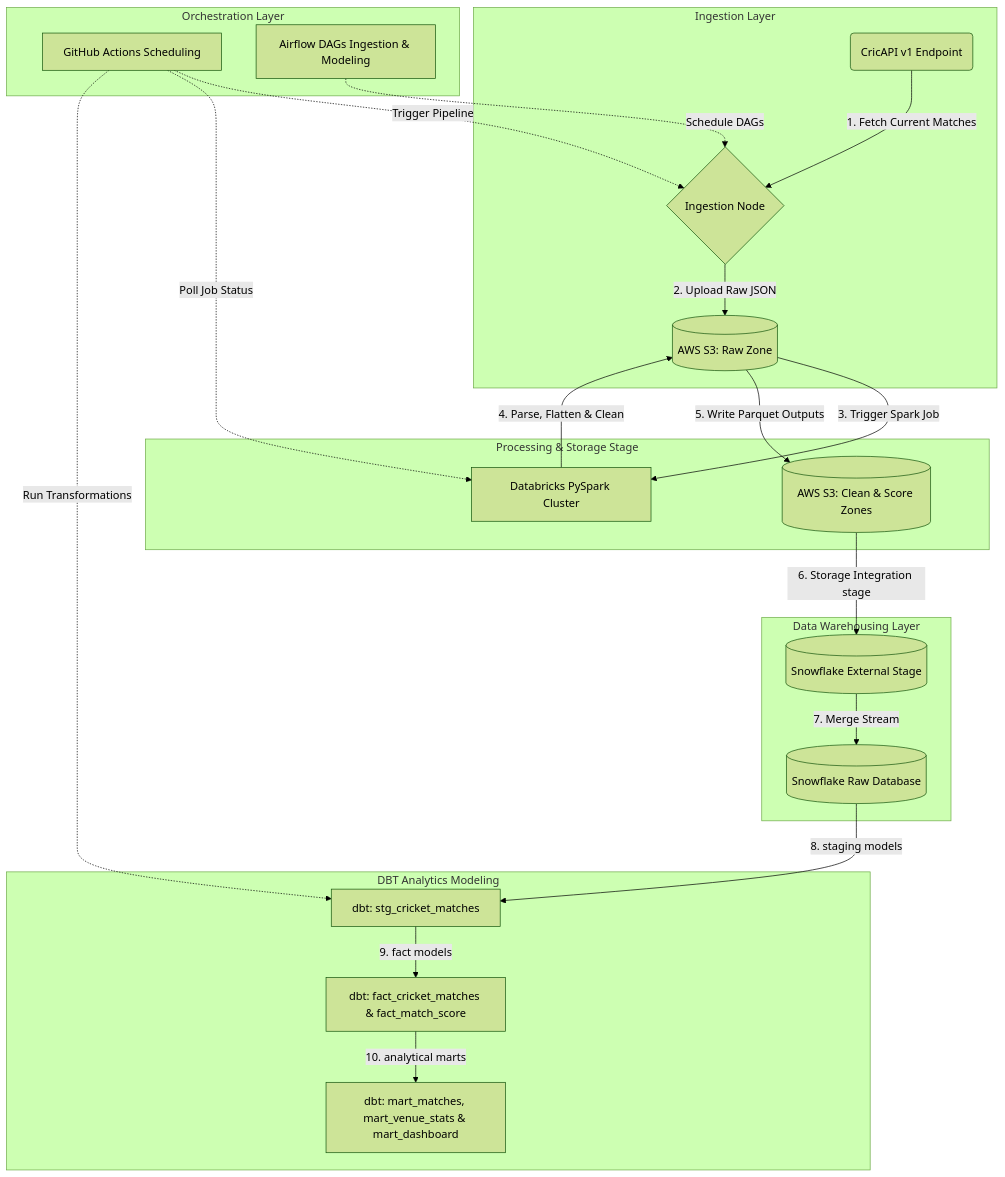
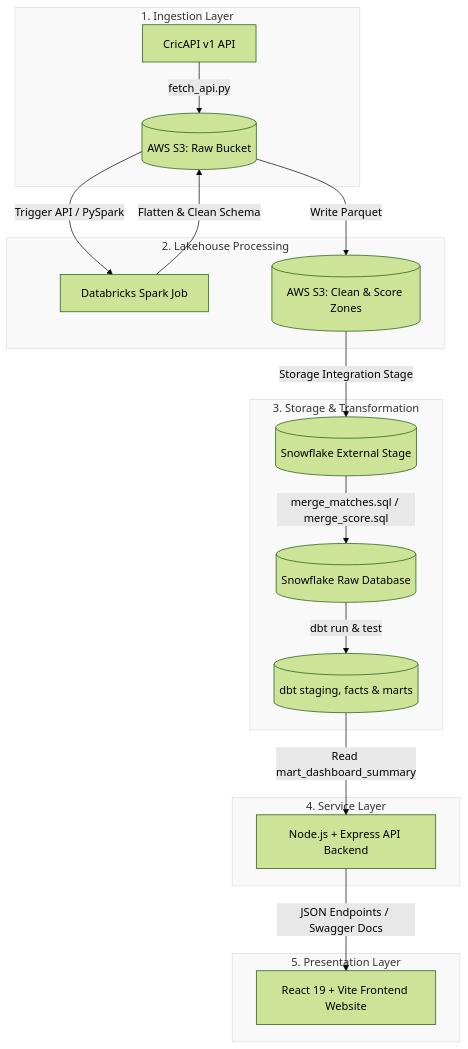
One commit to joyboy123-coder/Real-Time-Cricket-Analytics-Platform changed the diagram in README.md. Above: the diagram before and after it, drawn with Mermaid (forest theme). The commit also changed other lines of this file, not shown here.

Commit message:
docs: Expand README to document frontend React dashboard and Vercel hosting details

````diff
--- a/README.md
+++ b/README.md
@@ -11,40 +25,30 @@
 ```mermaid
-graph TD
-    %% Scheduling & Orchestration
-    subgraph Orchestration [Orchestration Layer]
-        A1[GitHub Actions Scheduling]
-        A2[Airflow DAGs Ingestion & Modeling]
+flowchart TD
+    subgraph Ingestion [1. Ingestion Layer]
+        A[CricAPI v1 API] -->|fetch_api.py| B[(AWS S3: Raw Bucket)]
     end
 
-    %% Ingestion Layer
-    subgraph Ingestion [Ingestion Layer]
-        B(CricAPI v1 Endpoint) -->|1. Fetch Current Matches| C{Ingestion Node}
-        C -->|2. Upload Raw JSON| D[(AWS S3: Raw Zone)]
+    subgraph Compute [2. Lakehouse Processing]
+        B -->|Trigger API / PySpark| C[Databricks Spark Job]
+        C -->|Flatten & Clean Schema| B
+        B -->|Write Parquet| D[(AWS S3: Clean & Score Zones)]
     end
 
-    %% Processing Layer
-    subgraph Processing [Processing & Storage Stage]
-        D -->|3. Trigger Spark Job| E[Databricks PySpark Cluster]
-        E -->|4. Parse, Flatten & Clean| D
-        D -->|5. Write Parquet Outputs| F[(AWS S3: Clean & Score Zones)]
+    subgraph Warehouse [3. Storage & Transformation]
+        D -->|Storage Integration Stage| E[(Snowflake External Stage)]
+        E -->|merge_matches.sql / merge_score.sql| F[(Snowflake Raw Database)]
+        F -->|dbt run & test| G[(dbt staging, facts & marts)]
     end
 
-    %% Loading & Warehousing Layer
-    subgraph Warehousing [Data Warehousing Layer]
-        F -->|6. Storage Integration stage| G[(Snowflake External Stage)]
-        G -->|7. Merge Stream| H[(Snowflake Raw Database)]
+    subgraph Service [4. Service Layer]
+        G -->|Read mart_dashboard_summary| H[Node.js + Express API Backend]
     end
 
-    %% DBT Transformation Layer
-    subgraph Transformation [DBT Analytics Modeling]
-        H -->|8. staging models| I[dbt: stg_cricket_matches]
-        I -->|9. fact models| J[dbt: fact_cricket_matches & fact_match_score]
-        J -->|10. analytical marts| K[dbt: mart_matches, mart_venue_stats & mart_dashboard]
+    subgraph Frontend [5. Presentation Layer]
+        H -->|JSON Endpoints / Swagger Docs| I[React 19 + Vite Frontend Website]
     end
 
-    %% Connectors
-    A1 -.->|Trigger Pipeline| C
-    A1 -.->|Poll Job Status| E
-    A1 -.->|Run Transformations| I
-    A2 -.->|Schedule DAGs| C
+    %% Styles
+    classDef layer fill:#f9f9f9,stroke:#ddd,stroke-width:1px;
+    class Ingestion,Compute,Warehouse,Service,Frontend layer;
 ```
````
